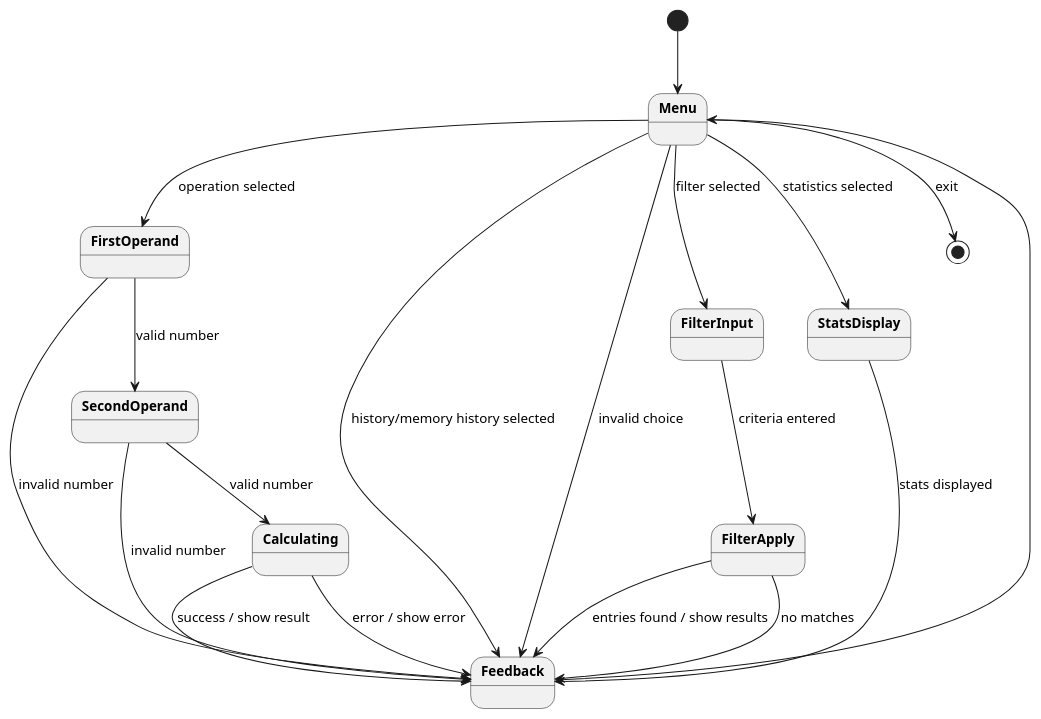
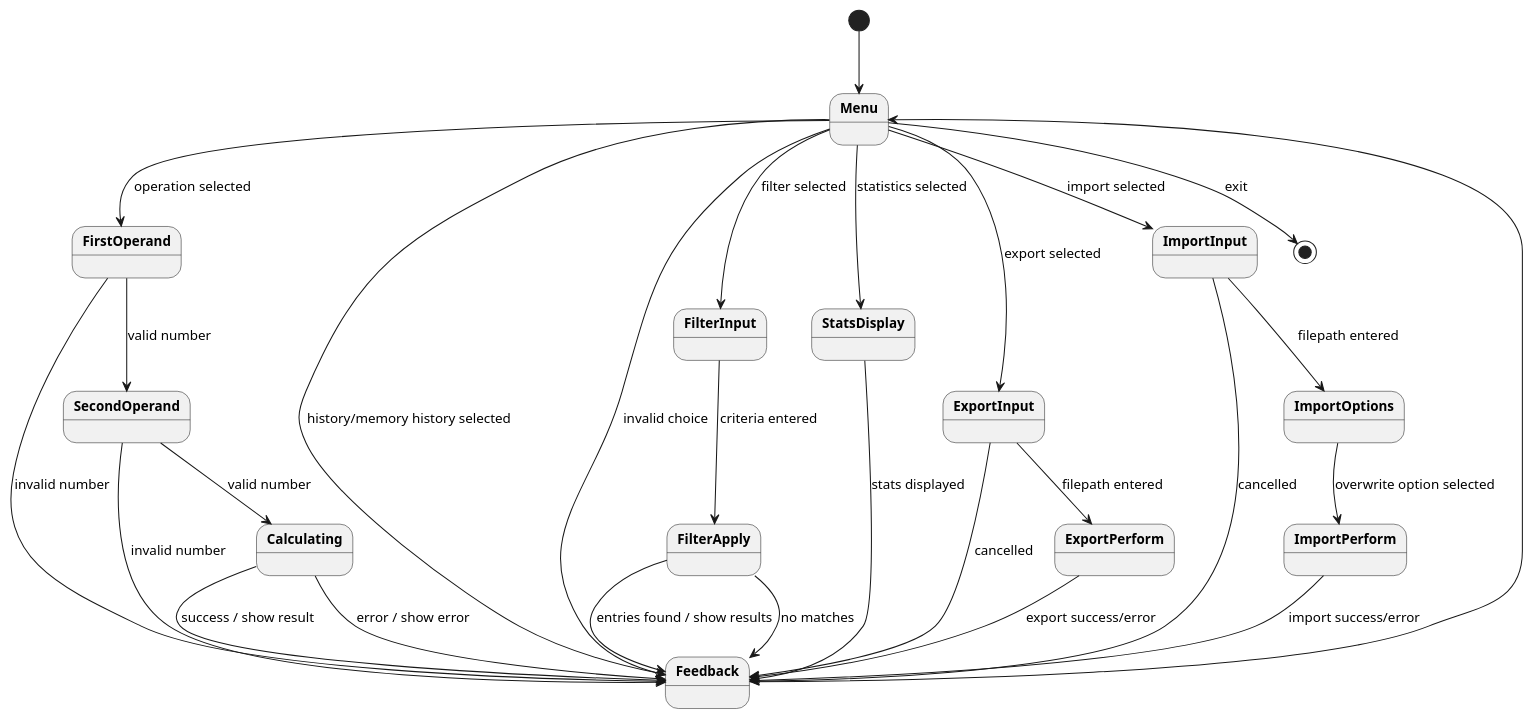
Before and after one commit to DanielRiha8906/Software_autoevolution_using_agents: the diagram in experiments/broadcast/user_stories/calculator/artifacts/state_diagram_interactive.puml, drawn with PlantUML. The commit also changed 15 other files, not shown here.

```diff
--- a/experiments/broadcast/user_stories/calculator/artifacts/state_diagram_interactive.puml
+++ b/experiments/broadcast/user_stories/calculator/artifacts/state_diagram_interactive.puml
@@ -1,34 +1,45 @@
 @startuml
 
 skinparam defaultFontSize 13
 skinparam stateFontStyle bold
 
 top to bottom direction
 
 [*] --> Menu
 
 Menu --> FirstOperand : operation selected
 Menu --> Feedback : history/memory history selected
 Menu --> FilterInput : filter selected
 Menu --> StatsDisplay : statistics selected
+Menu --> ExportInput : export selected
+Menu --> ImportInput : import selected
 Menu --> Feedback : invalid choice
 Menu --> [*] : exit
 
 StatsDisplay --> Feedback : stats displayed
 
 FirstOperand --> SecondOperand : valid number
 FirstOperand --> Feedback : invalid number
 
 SecondOperand --> Calculating : valid number
 SecondOperand --> Feedback : invalid number
 
 Calculating --> Feedback : success / show result
 Calculating --> Feedback : error / show error
 
 FilterInput --> FilterApply : criteria entered
 FilterApply --> Feedback : entries found / show results
 FilterApply --> Feedback : no matches
 
+ExportInput --> ExportPerform : filepath entered
+ExportInput --> Feedback : cancelled
+ExportPerform --> Feedback : export success/error
+
+ImportInput --> ImportOptions : filepath entered
+ImportInput --> Feedback : cancelled
+ImportOptions --> ImportPerform : overwrite option selected
+ImportPerform --> Feedback : import success/error
+
 Feedback --> Menu
 
 @enduml
```
